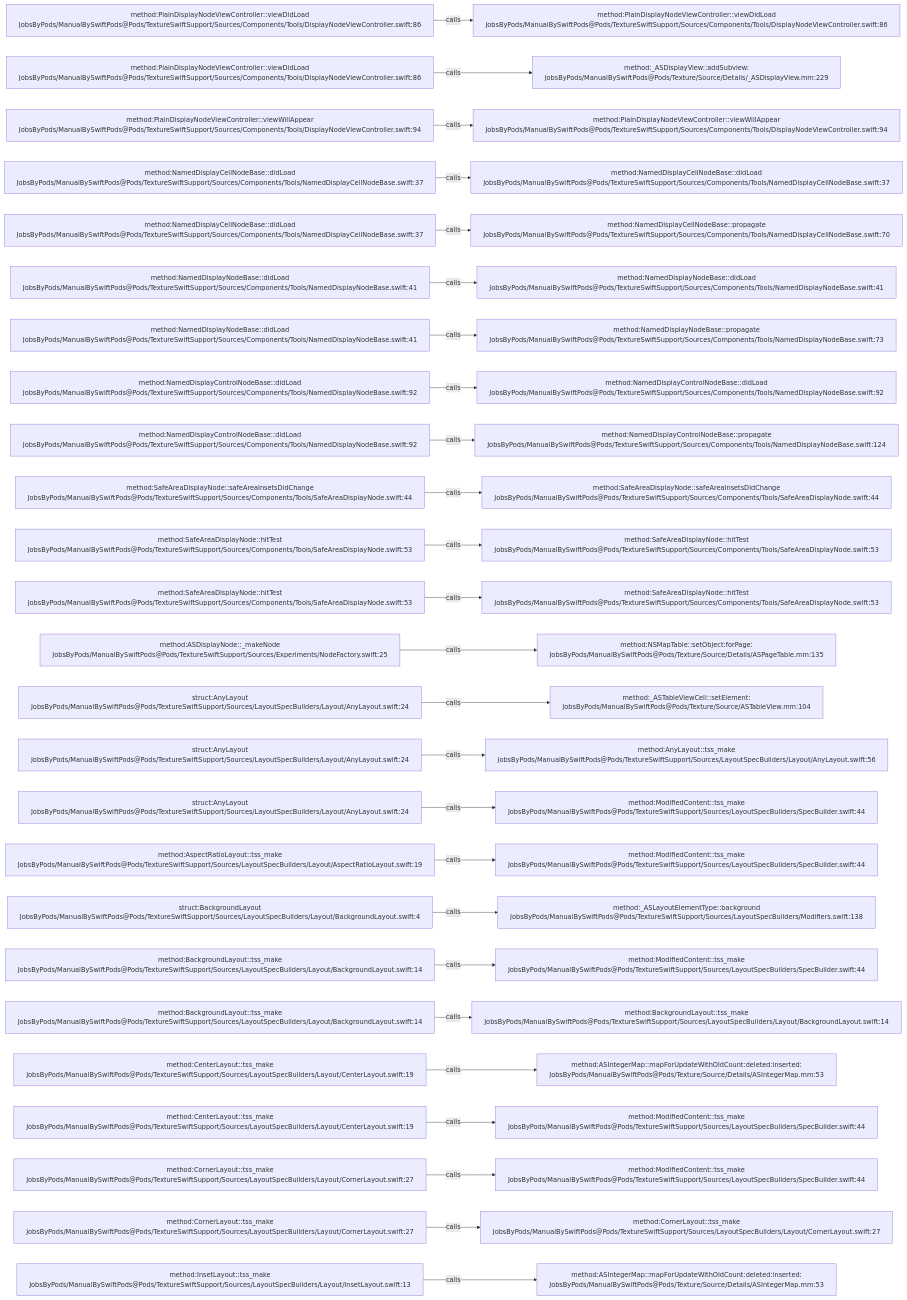
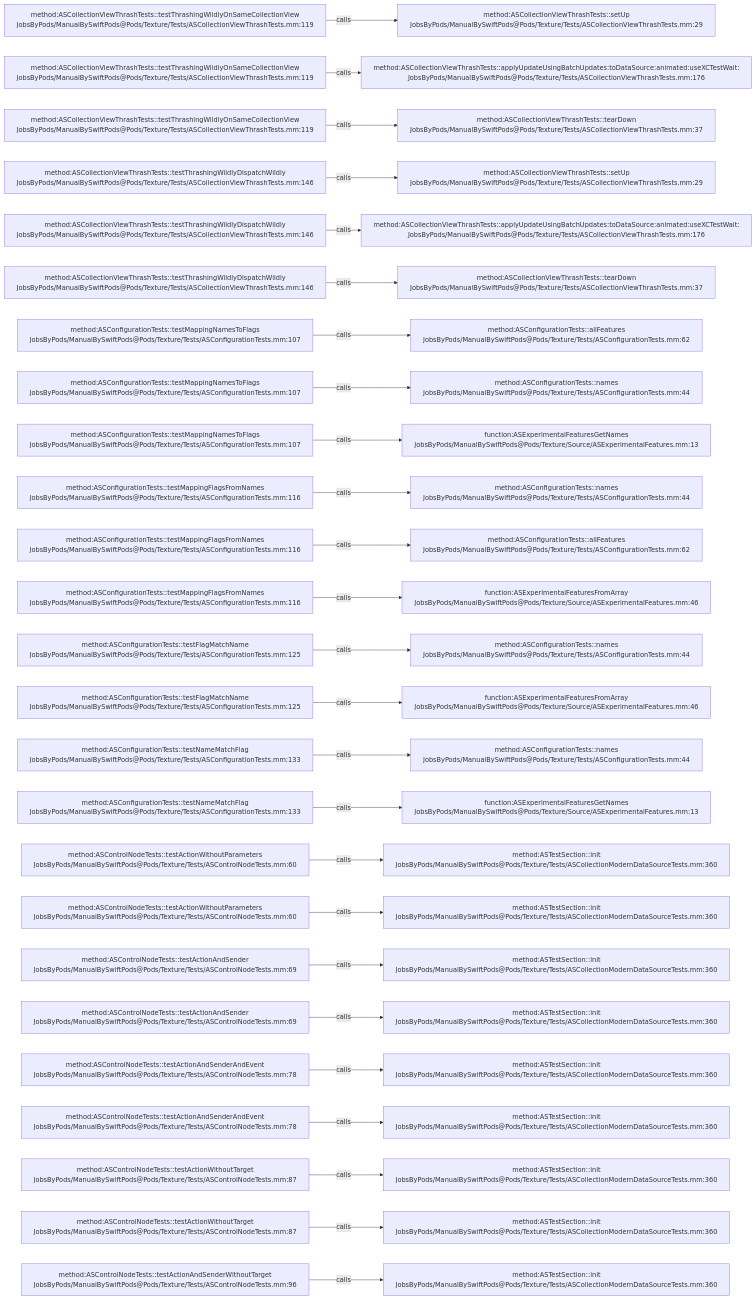
One commit to JobsKits/JobsSwiftBaseConfigDemo changed the diagram in .codegraph/codegraph.md/graphs/calls-175.md. Above: the diagram before and after it, drawn with Mermaid. The commit also changed 832 other files, not shown here.

````diff
--- a/.codegraph/codegraph.md/graphs/calls-175.md
+++ b/.codegraph/codegraph.md/graphs/calls-175.md
@@ -13,78 +13,78 @@
 ```mermaid
 flowchart LR
-  S1["method:PlainDisplayNodeViewController::viewDidLoad<br/>JobsByPods/ManualBySwiftPods@Pods/TextureSwiftSupport/Sources/Components/Tools/DisplayNodeViewController.swift:86"]
-  T1["method:PlainDisplayNodeViewController::viewDidLoad<br/>JobsByPods/ManualBySwiftPods@Pods/TextureSwiftSupport/Sources/Components/Tools/DisplayNodeViewController.swift:86"]
+  S1["method:ASCollectionViewThrashTests::testThrashingWildlyOnSameCollectionView<br/>JobsByPods/ManualBySwiftPods@Pods/Texture/Tests/ASCollectionViewThrashTests.mm:119"]
+  T1["method:ASCollectionViewThrashTests::setUp<br/>JobsByPods/ManualBySwiftPods@Pods/Texture/Tests/ASCollectionViewThrashTests.mm:29"]
   S1 -->|calls| T1
-  S2["method:PlainDisplayNodeViewController::viewDidLoad<br/>JobsByPods/ManualBySwiftPods@Pods/TextureSwiftSupport/Sources/Components/Tools/DisplayNodeViewController.swift:86"]
-  T2["method:_ASDisplayView::addSubview:<br/>JobsByPods/ManualBySwiftPods@Pods/Texture/Source/Details/_ASDisplayView.mm:229"]
+  S2["method:ASCollectionViewThrashTests::testThrashingWildlyOnSameCollectionView<br/>JobsByPods/ManualBySwiftPods@Pods/Texture/Tests/ASCollectionViewThrashTests.mm:119"]
+  T2["method:ASCollectionViewThrashTests::applyUpdateUsingBatchUpdates:toDataSource:animated:useXCTestWait:<br/>JobsByPods/ManualBySwiftPods@Pods/Texture/Tests/ASCollectionViewThrashTests.mm:176"]
   S2 -->|calls| T2
-  S3["method:PlainDisplayNodeViewController::viewWillAppear<br/>JobsByPods/ManualBySwiftPods@Pods/TextureSwiftSupport/Sources/Components/Tools/DisplayNodeViewController.swift:94"]
-  T3["method:PlainDisplayNodeViewController::viewWillAppear<br/>JobsByPods/ManualBySwiftPods@Pods/TextureSwiftSupport/Sources/Components/Tools/DisplayNodeViewController.swift:94"]
+  S3["method:ASCollectionViewThrashTests::testThrashingWildlyOnSameCollectionView<br/>JobsByPods/ManualBySwiftPods@Pods/Texture/Tests/ASCollectionViewThrashTests.mm:119"]
+  T3["method:ASCollectionViewThrashTests::tearDown<br/>JobsByPods/ManualBySwiftPods@Pods/Texture/Tests/ASCollectionViewThrashTests.mm:37"]
   S3 -->|calls| T3
-  S4["method:NamedDisplayCellNodeBase::didLoad<br/>JobsByPods/ManualBySwiftPods@Pods/TextureSwiftSupport/Sources/Components/Tools/NamedDisplayCellNodeBase.swift:37"]
-  T4["method:NamedDisplayCellNodeBase::didLoad<br/>JobsByPods/ManualBySwiftPods@Pods/TextureSwiftSupport/Sources/Components/Tools/NamedDisplayCellNodeBase.swift:37"]
+  S4["method:ASCollectionViewThrashTests::testThrashingWildlyDispatchWildly<br/>JobsByPods/ManualBySwiftPods@Pods/Texture/Tests/ASCollectionViewThrashTests.mm:146"]
+  T4["method:ASCollectionViewThrashTests::setUp<br/>JobsByPods/ManualBySwiftPods@Pods/Texture/Tests/ASCollectionViewThrashTests.mm:29"]
   S4 -->|calls| T4
-  S5["method:NamedDisplayCellNodeBase::didLoad<br/>JobsByPods/ManualBySwiftPods@Pods/TextureSwiftSupport/Sources/Components/Tools/NamedDisplayCellNodeBase.swift:37"]
-  T5["method:NamedDisplayCellNodeBase::propagate<br/>JobsByPods/ManualBySwiftPods@Pods/TextureSwiftSupport/Sources/Components/Tools/NamedDisplayCellNodeBase.swift:70"]
+  S5["method:ASCollectionViewThrashTests::testThrashingWildlyDispatchWildly<br/>JobsByPods/ManualBySwiftPods@Pods/Texture/Tests/ASCollectionViewThrashTests.mm:146"]
+  T5["method:ASCollectionViewThrashTests::applyUpdateUsingBatchUpdates:toDataSource:animated:useXCTestWait:<br/>JobsByPods/ManualBySwiftPods@Pods/Texture/Tests/ASCollectionViewThrashTests.mm:176"]
   S5 -->|calls| T5
-  S6["method:NamedDisplayNodeBase::didLoad<br/>JobsByPods/ManualBySwiftPods@Pods/TextureSwiftSupport/Sources/Components/Tools/NamedDisplayNodeBase.swift:41"]
-  T6["method:NamedDisplayNodeBase::didLoad<br/>JobsByPods/ManualBySwiftPods@Pods/TextureSwiftSupport/Sources/Components/Tools/NamedDisplayNodeBase.swift:41"]
+  S6["method:ASCollectionViewThrashTests::testThrashingWildlyDispatchWildly<br/>JobsByPods/ManualBySwiftPods@Pods/Texture/Tests/ASCollectionViewThrashTests.mm:146"]
+  T6["method:ASCollectionViewThrashTests::tearDown<br/>JobsByPods/ManualBySwiftPods@Pods/Texture/Tests/ASCollectionViewThrashTests.mm:37"]
   S6 -->|calls| T6
-  S7["method:NamedDisplayNodeBase::didLoad<br/>JobsByPods/ManualBySwiftPods@Pods/TextureSwiftSupport/Sources/Components/Tools/NamedDisplayNodeBase.swift:41"]
-  T7["method:NamedDisplayNodeBase::propagate<br/>JobsByPods/ManualBySwiftPods@Pods/TextureSwiftSupport/Sources/Components/Tools/NamedDisplayNodeBase.swift:73"]
+  S7["method:ASConfigurationTests::testMappingNamesToFlags<br/>JobsByPods/ManualBySwiftPods@Pods/Texture/Tests/ASConfigurationTests.mm:107"]
+  T7["method:ASConfigurationTests::allFeatures<br/>JobsByPods/ManualBySwiftPods@Pods/Texture/Tests/ASConfigurationTests.mm:62"]
   S7 -->|calls| T7
-  S8["method:NamedDisplayControlNodeBase::didLoad<br/>JobsByPods/ManualBySwiftPods@Pods/TextureSwiftSupport/Sources/Components/Tools/NamedDisplayNodeBase.swift:92"]
-  T8["method:NamedDisplayControlNodeBase::didLoad<br/>JobsByPods/ManualBySwiftPods@Pods/TextureSwiftSupport/Sources/Components/Tools/NamedDisplayNodeBase.swift:92"]
+  S8["method:ASConfigurationTests::testMappingNamesToFlags<br/>JobsByPods/ManualBySwiftPods@Pods/Texture/Tests/ASConfigurationTests.mm:107"]
+  T8["method:ASConfigurationTests::names<br/>JobsByPods/ManualBySwiftPods@Pods/Texture/Tests/ASConfigurationTests.mm:44"]
   S8 -->|calls| T8
-  S9["method:NamedDisplayControlNodeBase::didLoad<br/>JobsByPods/ManualBySwiftPods@Pods/TextureSwiftSupport/Sources/Components/Tools/NamedDisplayNodeBase.swift:92"]
-  T9["method:NamedDisplayControlNodeBase::propagate<br/>JobsByPods/ManualBySwiftPods@Pods/TextureSwiftSupport/Sources/Components/Tools/NamedDisplayNodeBase.swift:124"]
+  S9["method:ASConfigurationTests::testMappingNamesToFlags<br/>JobsByPods/ManualBySwiftPods@Pods/Texture/Tests/ASConfigurationTests.mm:107"]
+  T9["function:ASExperimentalFeaturesGetNames<br/>JobsByPods/ManualBySwiftPods@Pods/Texture/Source/ASExperimentalFeatures.mm:13"]
   S9 -->|calls| T9
-  S10["method:SafeAreaDisplayNode::safeAreaInsetsDidChange<br/>JobsByPods/ManualBySwiftPods@Pods/TextureSwiftSupport/Sources/Components/Tools/SafeAreaDisplayNode.swift:44"]
-  T10["method:SafeAreaDisplayNode::safeAreaInsetsDidChange<br/>JobsByPods/ManualBySwiftPods@Pods/TextureSwiftSupport/Sources/Components/Tools/SafeAreaDisplayNode.swift:44"]
+  S10["method:ASConfigurationTests::testMappingFlagsFromNames<br/>JobsByPods/ManualBySwiftPods@Pods/Texture/Tests/ASConfigurationTests.mm:116"]
+  T10["method:ASConfigurationTests::names<br/>JobsByPods/ManualBySwiftPods@Pods/Texture/Tests/ASConfigurationTests.mm:44"]
   S10 -->|calls| T10
-  S11["method:SafeAreaDisplayNode::hitTest<br/>JobsByPods/ManualBySwiftPods@Pods/TextureSwiftSupport/Sources/Components/Tools/SafeAreaDisplayNode.swift:53"]
-  T11["method:SafeAreaDisplayNode::hitTest<br/>JobsByPods/ManualBySwiftPods@Pods/TextureSwiftSupport/Sources/Components/Tools/SafeAreaDisplayNode.swift:53"]
+  S11["method:ASConfigurationTests::testMappingFlagsFromNames<br/>JobsByPods/ManualBySwiftPods@Pods/Texture/Tests/ASConfigurationTests.mm:116"]
+  T11["method:ASConfigurationTests::allFeatures<br/>JobsByPods/ManualBySwiftPods@Pods/Texture/Tests/ASConfigurationTests.mm:62"]
   S11 -->|calls| T11
-  S12["method:SafeAreaDisplayNode::hitTest<br/>JobsByPods/ManualBySwiftPods@Pods/TextureSwiftSupport/Sources/Components/Tools/SafeAreaDisplayNode.swift:53"]
-  T12["method:SafeAreaDisplayNode::hitTest<br/>JobsByPods/ManualBySwiftPods@Pods/TextureSwiftSupport/Sources/Components/Tools/SafeAreaDisplayNode.swift:53"]
+  S12["method:ASConfigurationTests::testMappingFlagsFromNames<br/>JobsByPods/ManualBySwiftPods@Pods/Texture/Tests/ASConfigurationTests.mm:116"]
+  T12["function:ASExperimentalFeaturesFromArray<br/>JobsByPods/ManualBySwiftPods@Pods/Texture/Source/ASExperimentalFeatures.mm:46"]
   S12 -->|calls| T12
-  S13["method:ASDisplayNode::_makeNode<br/>JobsByPods/ManualBySwiftPods@Pods/TextureSwiftSupport/Sources/Experiments/NodeFactory.swift:25"]
-  T13["method:NSMapTable::setObject:forPage:<br/>JobsByPods/ManualBySwiftPods@Pods/Texture/Source/Details/ASPageTable.mm:135"]
+  S13["method:ASConfigurationTests::testFlagMatchName<br/>JobsByPods/ManualBySwiftPods@Pods/Texture/Tests/ASConfigurationTests.mm:125"]
+  T13["method:ASConfigurationTests::names<br/>JobsByPods/ManualBySwiftPods@Pods/Texture/Tests/ASConfigurationTests.mm:44"]
   S13 -->|calls| T13
-  S14["struct:AnyLayout<br/>JobsByPods/ManualBySwiftPods@Pods/TextureSwiftSupport/Sources/LayoutSpecBuilders/Layout/AnyLayout.swift:24"]
-  T14["method:_ASTableViewCell::setElement:<br/>JobsByPods/ManualBySwiftPods@Pods/Texture/Source/ASTableView.mm:104"]
+  S14["method:ASConfigurationTests::testFlagMatchName<br/>JobsByPods/ManualBySwiftPods@Pods/Texture/Tests/ASConfigurationTests.mm:125"]
+  T14["function:ASExperimentalFeaturesFromArray<br/>JobsByPods/ManualBySwiftPods@Pods/Texture/Source/ASExperimentalFeatures.mm:46"]
   S14 -->|calls| T14
-  S15["struct:AnyLayout<br/>JobsByPods/ManualBySwiftPods@Pods/TextureSwiftSupport/Sources/LayoutSpecBuilders/Layout/AnyLayout.swift:24"]
-  T15["method:AnyLayout::tss_make<br/>JobsByPods/ManualBySwiftPods@Pods/TextureSwiftSupport/Sources/LayoutSpecBuilders/Layout/AnyLayout.swift:56"]
+  S15["method:ASConfigurationTests::testNameMatchFlag<br/>JobsByPods/ManualBySwiftPods@Pods/Texture/Tests/ASConfigurationTests.mm:133"]
+  T15["method:ASConfigurationTests::names<br/>JobsByPods/ManualBySwiftPods@Pods/Texture/Tests/ASConfigurationTests.mm:44"]
   S15 -->|calls| T15
-  S16["struct:AnyLayout<br/>JobsByPods/ManualBySwiftPods@Pods/TextureSwiftSupport/Sources/LayoutSpecBuilders/Layout/AnyLayout.swift:24"]
-  T16["method:ModifiedContent::tss_make<br/>JobsByPods/ManualBySwiftPods@Pods/TextureSwiftSupport/Sources/LayoutSpecBuilders/SpecBuilder.swift:44"]
+  S16["method:ASConfigurationTests::testNameMatchFlag<br/>JobsByPods/ManualBySwiftPods@Pods/Texture/Tests/ASConfigurationTests.mm:133"]
+  T16["function:ASExperimentalFeaturesGetNames<br/>JobsByPods/ManualBySwiftPods@Pods/Texture/Source/ASExperimentalFeatures.mm:13"]
   S16 -->|calls| T16
-  S17["method:AspectRatioLayout::tss_make<br/>JobsByPods/ManualBySwiftPods@Pods/TextureSwiftSupport/Sources/LayoutSpecBuilders/Layout/AspectRatioLayout.swift:19"]
-  T17["method:ModifiedContent::tss_make<br/>JobsByPods/ManualBySwiftPods@Pods/TextureSwiftSupport/Sources/LayoutSpecBuilders/SpecBuilder.swift:44"]
+  S17["method:ASControlNodeTests::testActionWithoutParameters<br/>JobsByPods/ManualBySwiftPods@Pods/Texture/Tests/ASControlNodeTests.mm:60"]
+  T17["method:ASTestSection::init<br/>JobsByPods/ManualBySwiftPods@Pods/Texture/Tests/ASCollectionModernDataSourceTests.mm:360"]
   S17 -->|calls| T17
-  S18["struct:BackgroundLayout<br/>JobsByPods/ManualBySwiftPods@Pods/TextureSwiftSupport/Sources/LayoutSpecBuilders/Layout/BackgroundLayout.swift:4"]
-  T18["method:_ASLayoutElementType::background<br/>JobsByPods/ManualBySwiftPods@Pods/TextureSwiftSupport/Sources/LayoutSpecBuilders/Modifiers.swift:138"]
+  S18["method:ASControlNodeTests::testActionWithoutParameters<br/>JobsByPods/ManualBySwiftPods@Pods/Texture/Tests/ASControlNodeTests.mm:60"]
+  T18["method:ASTestSection::init<br/>JobsByPods/ManualBySwiftPods@Pods/Texture/Tests/ASCollectionModernDataSourceTests.mm:360"]
   S18 -->|calls| T18
-  S19["method:BackgroundLayout::tss_make<br/>JobsByPods/ManualBySwiftPods@Pods/TextureSwiftSupport/Sources/LayoutSpecBuilders/Layout/BackgroundLayout.swift:14"]
-  T19["method:ModifiedContent::tss_make<br/>JobsByPods/ManualBySwiftPods@Pods/TextureSwiftSupport/Sources/LayoutSpecBuilders/SpecBuilder.swift:44"]
+  S19["method:ASControlNodeTests::testActionAndSender<br/>JobsByPods/ManualBySwiftPods@Pods/Texture/Tests/ASControlNodeTests.mm:69"]
+  T19["method:ASTestSection::init<br/>JobsByPods/ManualBySwiftPods@Pods/Texture/Tests/ASCollectionModernDataSourceTests.mm:360"]
   S19 -->|calls| T19
-  S20["method:BackgroundLayout::tss_make<br/>JobsByPods/ManualBySwiftPods@Pods/TextureSwiftSupport/Sources/LayoutSpecBuilders/Layout/BackgroundLayout.swift:14"]
-  T20["method:BackgroundLayout::tss_make<br/>JobsByPods/ManualBySwiftPods@Pods/TextureSwiftSupport/Sources/LayoutSpecBuilders/Layout/BackgroundLayout.swift:14"]
+  S20["method:ASControlNodeTests::testActionAndSender<br/>JobsByPods/ManualBySwiftPods@Pods/Texture/Tests/ASControlNodeTests.mm:69"]
+  T20["method:ASTestSection::init<br/>JobsByPods/ManualBySwiftPods@Pods/Texture/Tests/ASCollectionModernDataSourceTests.mm:360"]
   S20 -->|calls| T20
-  S21["method:CenterLayout::tss_make<br/>JobsByPods/ManualBySwiftPods@Pods/TextureSwiftSupport/Sources/LayoutSpecBuilders/Layout/CenterLayout.swift:19"]
-  T21["method:ASIntegerMap::mapForUpdateWithOldCount:deleted:inserted:<br/>JobsByPods/ManualBySwiftPods@Pods/Texture/Source/Details/ASIntegerMap.mm:53"]
+  S21["method:ASControlNodeTests::testActionAndSenderAndEvent<br/>JobsByPods/ManualBySwiftPods@Pods/Texture/Tests/ASControlNodeTests.mm:78"]
+  T21["method:ASTestSection::init<br/>JobsByPods/ManualBySwiftPods@Pods/Texture/Tests/ASCollectionModernDataSourceTests.mm:360"]
   S21 -->|calls| T21
-  S22["method:CenterLayout::tss_make<br/>JobsByPods/ManualBySwiftPods@Pods/TextureSwiftSupport/Sources/LayoutSpecBuilders/Layout/CenterLayout.swift:19"]
-  T22["method:ModifiedContent::tss_make<br/>JobsByPods/ManualBySwiftPods@Pods/TextureSwiftSupport/Sources/LayoutSpecBuilders/SpecBuilder.swift:44"]
+  S22["method:ASControlNodeTests::testActionAndSenderAndEvent<br/>JobsByPods/ManualBySwiftPods@Pods/Texture/Tests/ASControlNodeTests.mm:78"]
+  T22["method:ASTestSection::init<br/>JobsByPods/ManualBySwiftPods@Pods/Texture/Tests/ASCollectionModernDataSourceTests.mm:360"]
   S22 -->|calls| T22
-  S23["method:CornerLayout::tss_make<br/>JobsByPods/ManualBySwiftPods@Pods/TextureSwiftSupport/Sources/LayoutSpecBuilders/Layout/CornerLayout.swift:27"]
-  T23["method:ModifiedContent::tss_make<br/>JobsByPods/ManualBySwiftPods@Pods/TextureSwiftSupport/Sources/LayoutSpecBuilders/SpecBuilder.swift:44"]
+  S23["method:ASControlNodeTests::testActionWithoutTarget<br/>JobsByPods/ManualBySwiftPods@Pods/Texture/Tests/ASControlNodeTests.mm:87"]
+  T23["method:ASTestSection::init<br/>JobsByPods/ManualBySwiftPods@Pods/Texture/Tests/ASCollectionModernDataSourceTests.mm:360"]
   S23 -->|calls| T23
-  S24["method:CornerLayout::tss_make<br/>JobsByPods/ManualBySwiftPods@Pods/TextureSwiftSupport/Sources/LayoutSpecBuilders/Layout/CornerLayout.swift:27"]
-  T24["method:CornerLayout::tss_make<br/>JobsByPods/ManualBySwiftPods@Pods/TextureSwiftSupport/Sources/LayoutSpecBuilders/Layout/CornerLayout.swift:27"]
+  S24["method:ASControlNodeTests::testActionWithoutTarget<br/>JobsByPods/ManualBySwiftPods@Pods/Texture/Tests/ASControlNodeTests.mm:87"]
+  T24["method:ASTestSection::init<br/>JobsByPods/ManualBySwiftPods@Pods/Texture/Tests/ASCollectionModernDataSourceTests.mm:360"]
   S24 -->|calls| T24
-  S25["method:InsetLayout::tss_make<br/>JobsByPods/ManualBySwiftPods@Pods/TextureSwiftSupport/Sources/LayoutSpecBuilders/Layout/InsetLayout.swift:13"]
-  T25["method:ASIntegerMap::mapForUpdateWithOldCount:deleted:inserted:<br/>JobsByPods/ManualBySwiftPods@Pods/Texture/Source/Details/ASIntegerMap.mm:53"]
+  S25["method:ASControlNodeTests::testActionAndSenderWithoutTarget<br/>JobsByPods/ManualBySwiftPods@Pods/Texture/Tests/ASControlNodeTests.mm:96"]
+  T25["method:ASTestSection::init<br/>JobsByPods/ManualBySwiftPods@Pods/Texture/Tests/ASCollectionModernDataSourceTests.mm:360"]
   S25 -->|calls| T25
 ```
````
